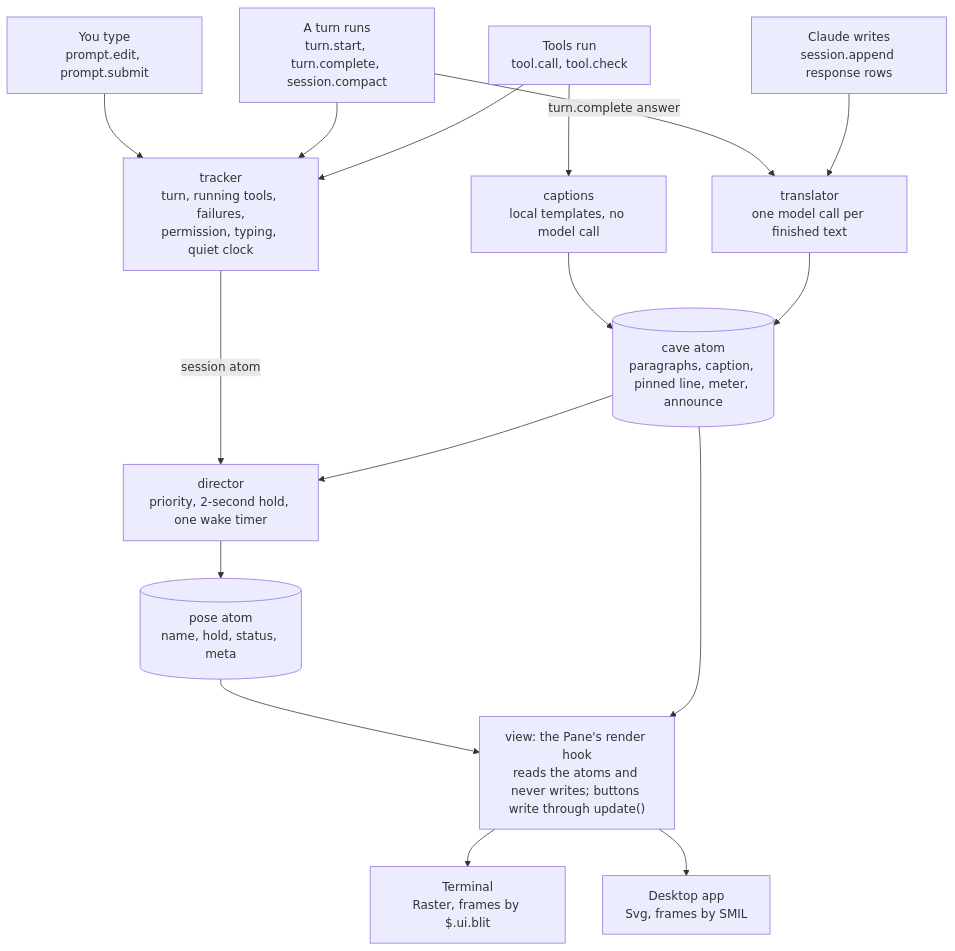
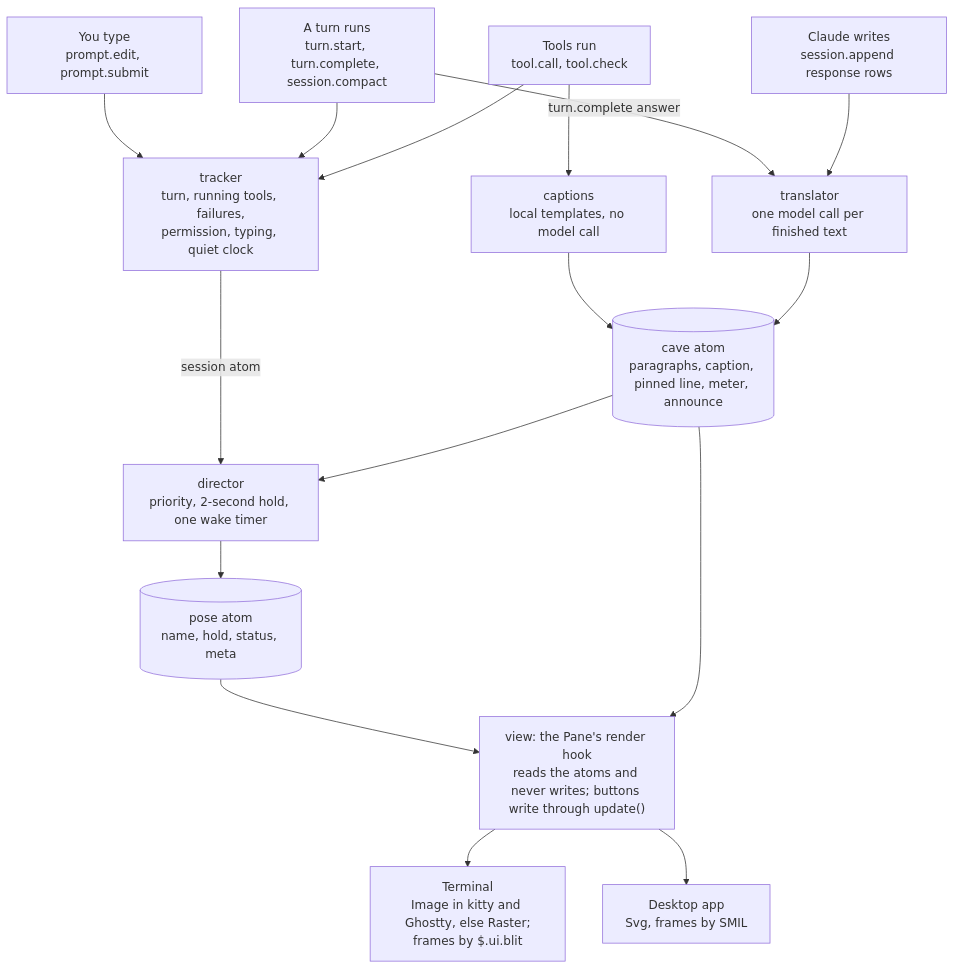
Before and after one commit to rpc5102/klod-talk: the diagram in docs/build-notes.md, drawn with Mermaid. The commit also changed other lines of this file, not shown here.

````diff
--- a/docs/build-notes.md
+++ b/docs/build-notes.md
@@ -59,31 +69,31 @@
 ```mermaid
 flowchart TB
   type["You type<br/>prompt.edit, prompt.submit"]
   turn["A turn runs<br/>turn.start, turn.complete, session.compact"]
   tools["Tools run<br/>tool.call, tool.check"]
   writes["Claude writes<br/>session.append response rows"]
   tracker["tracker<br/>turn, running tools, failures,<br/>permission, typing, quiet clock"]
   captions["captions<br/>local templates, no model call"]
   translator["translator<br/>one model call per finished text"]
   director["director<br/>priority, 2-second hold, one wake timer"]
   cave[("cave atom<br/>paragraphs, caption, pinned line, meter, announce")]
   pose[("pose atom<br/>name, hold, status, meta")]
   view["view: the Pane's render hook<br/>reads the atoms and never writes; buttons write through update()"]
-  term["Terminal<br/>Raster, frames by $.ui.blit"]
+  term["Terminal<br/>Image in kitty and Ghostty, else Raster;<br/>frames by $.ui.blit"]
   desk["Desktop app<br/>Svg, frames by SMIL"]
   type --> tracker
   turn --> tracker
   turn -- "turn.complete answer" --> translator
   tools --> tracker
   tools --> captions
   writes --> translator
   tracker -- "session atom" --> director
   captions --> cave
   translator --> cave
   cave --> director
   director --> pose
   pose --> view
   cave --> view
   view --> term
   view --> desk
 ```
````
